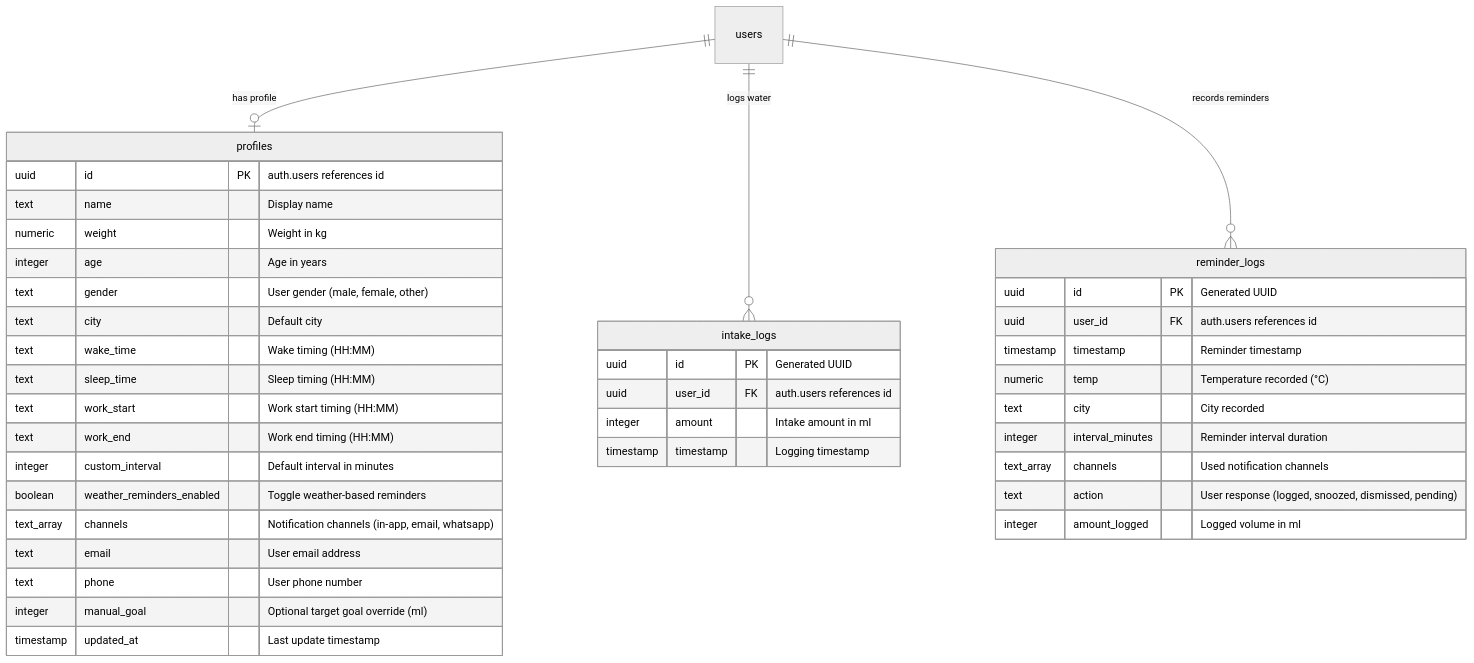
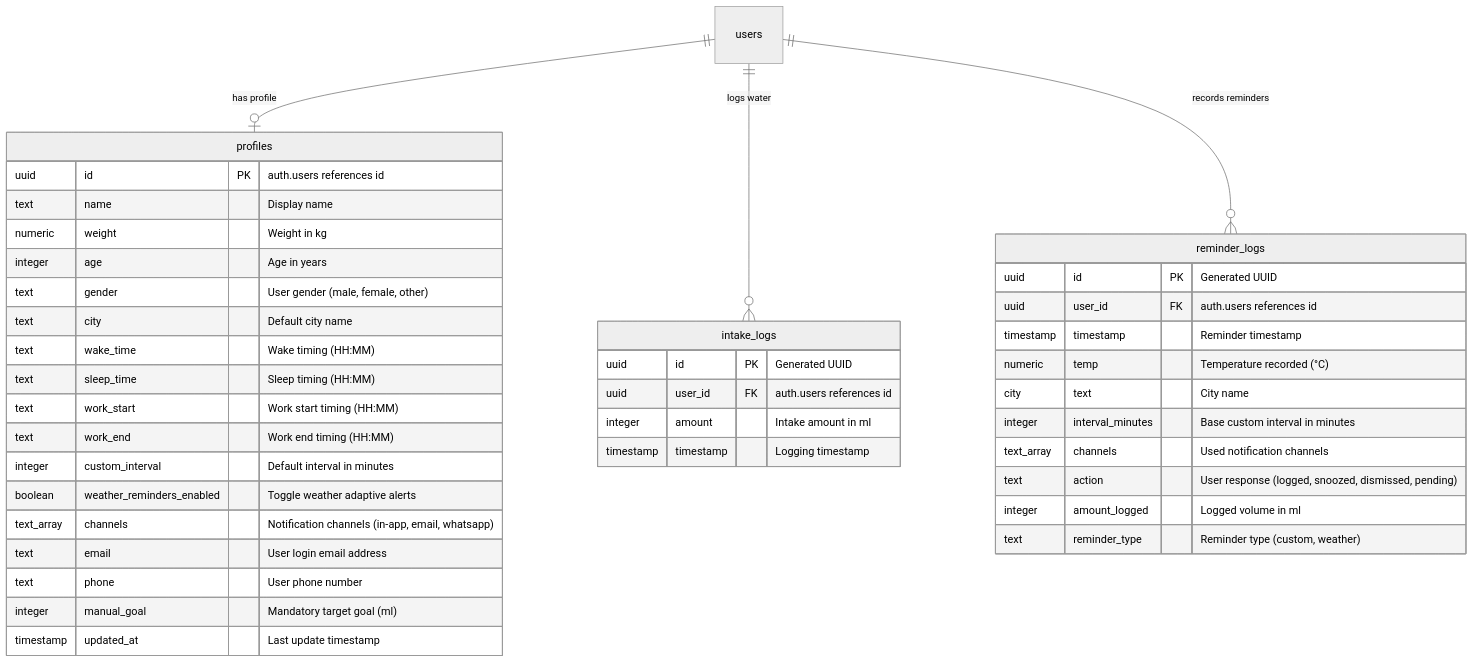
Before and after one commit to ramalokeshreddyp/hydrosmart-ai: the diagram in projectdocumentation.md, drawn with Mermaid (neutral theme). The commit also changed other lines of this file and 18 other files, not shown here.

Commit message:
feat: implement weather reminder rules, schedule limits, email/WhatsApp gateways, and UI cleanups

````diff
--- a/projectdocumentation.md
+++ b/projectdocumentation.md
@@ -153,45 +75,46 @@
 ```mermaid
 erDiagram
     users ||--o| profiles : "has profile"
     users ||--o{ intake_logs : "logs water"
     users ||--o{ reminder_logs : "records reminders"
 
     profiles {
         uuid id PK "auth.users references id"
         text name "Display name"
         numeric weight "Weight in kg"
         integer age "Age in years"
         text gender "User gender (male, female, other)"
-        text city "Default city"
+        text city "Default city name"
         text wake_time "Wake timing (HH:MM)"
         text sleep_time "Sleep timing (HH:MM)"
         text work_start "Work start timing (HH:MM)"
         text work_end "Work end timing (HH:MM)"
         integer custom_interval "Default interval in minutes"
-        boolean weather_reminders_enabled "Toggle weather-based reminders"
+        boolean weather_reminders_enabled "Toggle weather adaptive alerts"
         text_array channels "Notification channels (in-app, email, whatsapp)"
-        text email "User email address"
+        text email "User login email address"
         text phone "User phone number"
-        integer manual_goal "Optional target goal override (ml)"
+        integer manual_goal "Mandatory target goal (ml)"
         timestamp updated_at "Last update timestamp"
     }
 
     intake_logs {
         uuid id PK "Generated UUID"
         uuid user_id FK "auth.users references id"
         integer amount "Intake amount in ml"
         timestamp timestamp "Logging timestamp"
     }
 
     reminder_logs {
         uuid id PK "Generated UUID"
         uuid user_id FK "auth.users references id"
         timestamp timestamp "Reminder timestamp"
         numeric temp "Temperature recorded (°C)"
-        text city "City recorded"
-        integer interval_minutes "Reminder interval duration"
+        city text "City name"
+        integer interval_minutes "Base custom interval in minutes"
         text_array channels "Used notification channels"
         text action "User response (logged, snoozed, dismissed, pending)"
         integer amount_logged "Logged volume in ml"
+        text reminder_type "Reminder type (custom, weather)"
     }
 ```
````
